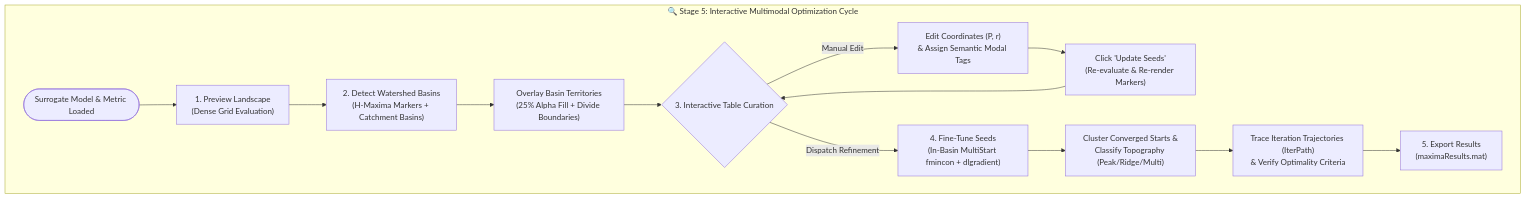
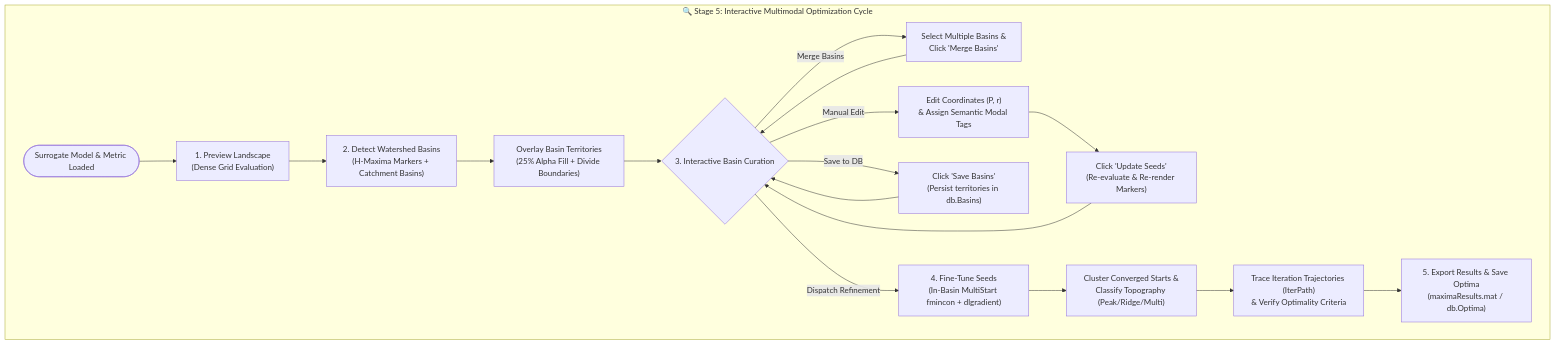
The diagram in docs/optimization_workflow_guide.md (MahZadYar/ASSTEROID), drawn with Mermaid before and after one commit. The commit also changed other lines of this file and 4 other files, not shown here.

Commit message:
docs(v5.3): update code documentation, architecture guides, and bump to v5.3.0

````diff
--- a/docs/optimization_workflow_guide.md
+++ b/docs/optimization_workflow_guide.md
@@ -34,18 +35,24 @@
 ```mermaid
 flowchart TD
     subgraph UI_Cycle ["🔍 Stage 5: Interactive Multimodal Optimization Cycle"]
         Start(["Surrogate Model &amp; Metric Loaded"]) --> Preview["1. Preview Landscape<br/>(Dense Grid Evaluation)"]
         Preview --> Detect["2. Detect Watershed Basins<br/>(H-Maxima Markers + Catchment Basins)"]
         Detect --> BasinVis["Overlay Basin Territories<br/>(25% Alpha Fill + Divide Boundaries)"]
-        BasinVis --> Curate{"3. Interactive Table Curation"}
+        BasinVis --> Curate{"3. Interactive Basin Curation"}
+        
+        Curate -->|Merge Basins| Merge["Select Multiple Basins &amp;<br/>Click 'Merge Basins'"]
+        Merge --> Curate
         
         Curate -->|Manual Edit| Edit["Edit Coordinates (P, r)<br/>&amp; Assign Semantic Modal Tags"]
         Edit --> Update["Click 'Update Seeds'<br/>(Re-evaluate &amp; Re-render Markers)"]
         Update --> Curate
         
+        Curate -->|Save to DB| SaveBasins["Click 'Save Basins'<br/>(Persist territories in db.Basins)"]
+        SaveBasins --> Curate
+        
         Curate -->|Dispatch Refinement| Refine["4. Fine-Tune Seeds<br/>(In-Basin MultiStart fmincon + dlgradient)"]
         Refine --> Coalesce["Cluster Converged Starts &amp;<br/>Classify Topography (Peak/Ridge/Multi)"]
         Coalesce --> Traj["Trace Iteration Trajectories (IterPath)<br/>&amp; Verify Optimality Criteria"]
-        Traj --> Export["5. Export Results<br/>(maximaResults.mat)"]
+        Traj --> Export["5. Export Results &amp; Save Optima<br/>(maximaResults.mat / db.Optima)"]
     end
 ```
````
